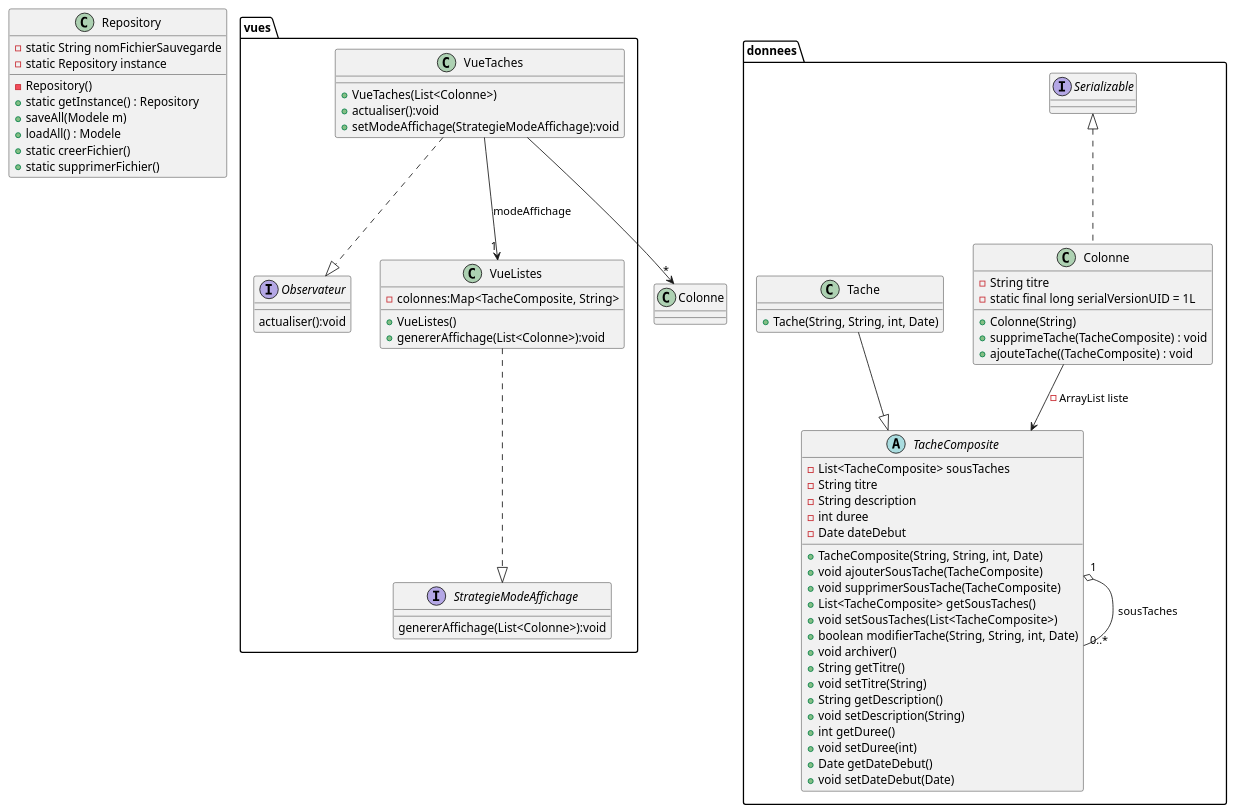
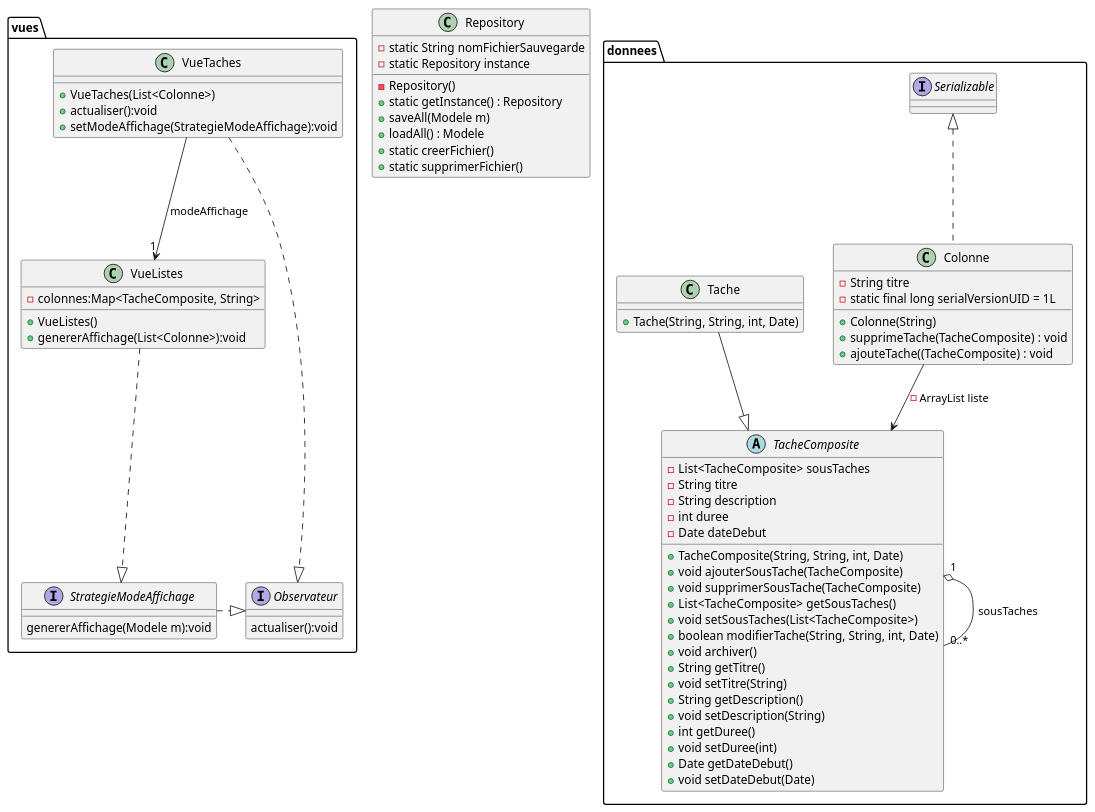
Before and after one commit to AlexanderCARNET/SAE_3_01_dev_application: the diagram in Ollert_QDEV/diagrammes/iteration2/DiagrammClasses.puml, drawn with PlantUML.

Commit message:
[UPDATE] modif du diagramme de classe

```diff
--- a/Ollert_QDEV/diagrammes/iteration2/DiagrammClasses.puml
+++ b/Ollert_QDEV/diagrammes/iteration2/DiagrammClasses.puml
@@ -1,93 +1,91 @@
 @startuml
 
 package donnees {
 
     abstract class TacheComposite {
         - List<TacheComposite> sousTaches
         - String titre
         - String description
         - int duree
         - Date dateDebut
 
         + TacheComposite(String, String, int, Date)
         + void ajouterSousTache(TacheComposite)
         + void supprimerSousTache(TacheComposite)
         + List<TacheComposite> getSousTaches()
         + void setSousTaches(List<TacheComposite>)
         + boolean modifierTache(String, String, int, Date)
         + void archiver()
         + String getTitre()
         + void setTitre(String)
         + String getDescription()
         + void setDescription(String)
         + int getDuree()
         + void setDuree(int)
         + Date getDateDebut()
         + void setDateDebut(Date)
     }
 
     class Tache {
         + Tache(String, String, int, Date)
     }
 
     Tache --|> TacheComposite
 
     TacheComposite "1" o-- "0..*" TacheComposite : sousTaches
 
     interface Serializable
     class Colonne {
     - String titre
     - static final long serialVersionUID = 1L
     + Colonne(String)
     + supprimeTache(TacheComposite) : void
     + ajouteTache((TacheComposite) : void
 
     }
     Colonne --> TacheComposite : - ArrayList liste
     Colonne .u.|> Serializable
 }
 
 class Repository{
     - static String nomFichierSauvegarde
     - static Repository instance
     - Repository()
     + static getInstance() : Repository
     + saveAll(Modele m)
     + loadAll() : Modele
     + static creerFichier()
     + static supprimerFichier()
 }
 
 package vues{
     interface StrategieModeAffichage{
-        genererAffichage(List<Colonne>):void
+        genererAffichage(Modele m):void
     }
 
     interface Observateur{
         actualiser():void
     }
 
     class VueListes{
         - colonnes:Map<TacheComposite, String>
 
         + VueListes()
         + genererAffichage(List<Colonne>):void
     }
 
     class VueTaches{
         + VueTaches(List<Colonne>)
         + actualiser():void
         + setModeAffichage(StrategieModeAffichage):void
     }
 }
 
-class Colonne{}
-
 VueListes ..|> StrategieModeAffichage
 VueTaches ..|> Observateur
 
 VueTaches --> "1" VueListes:modeAffichage
-VueTaches --> "*" Colonne
+StrategieModeAffichage .|> Observateur
 
 
 @enduml
```
